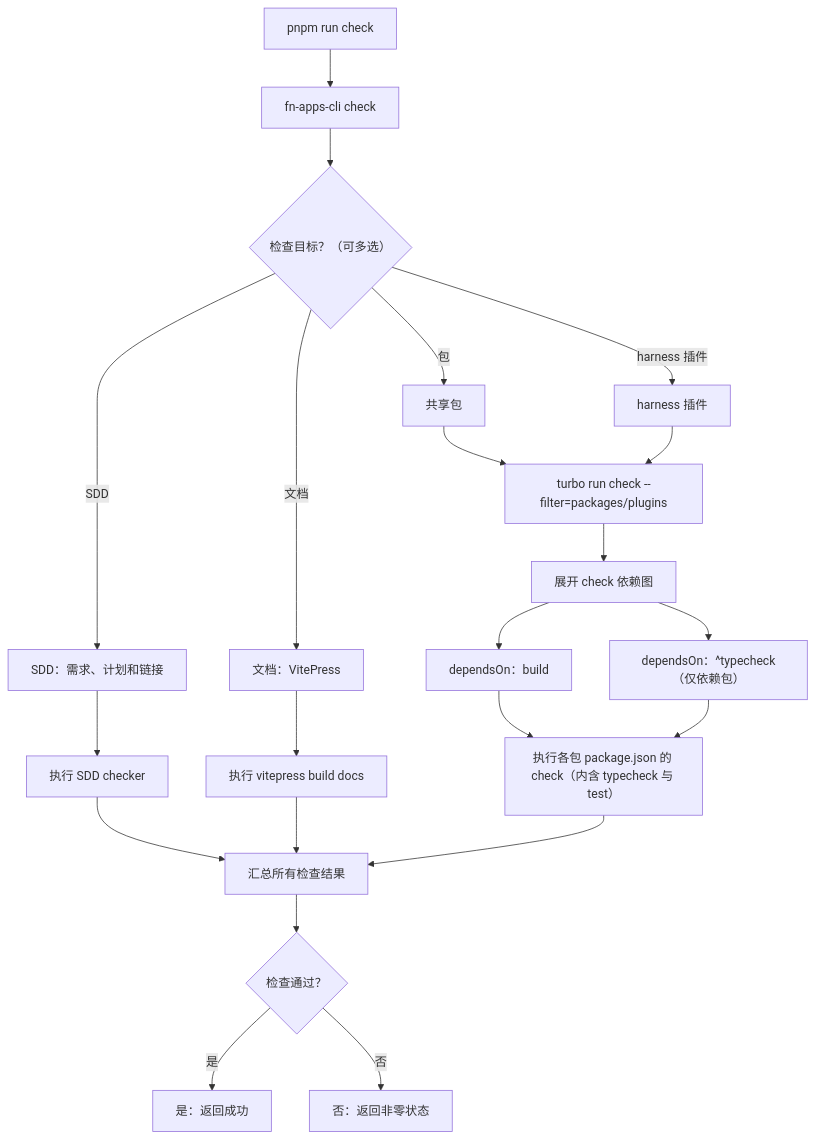
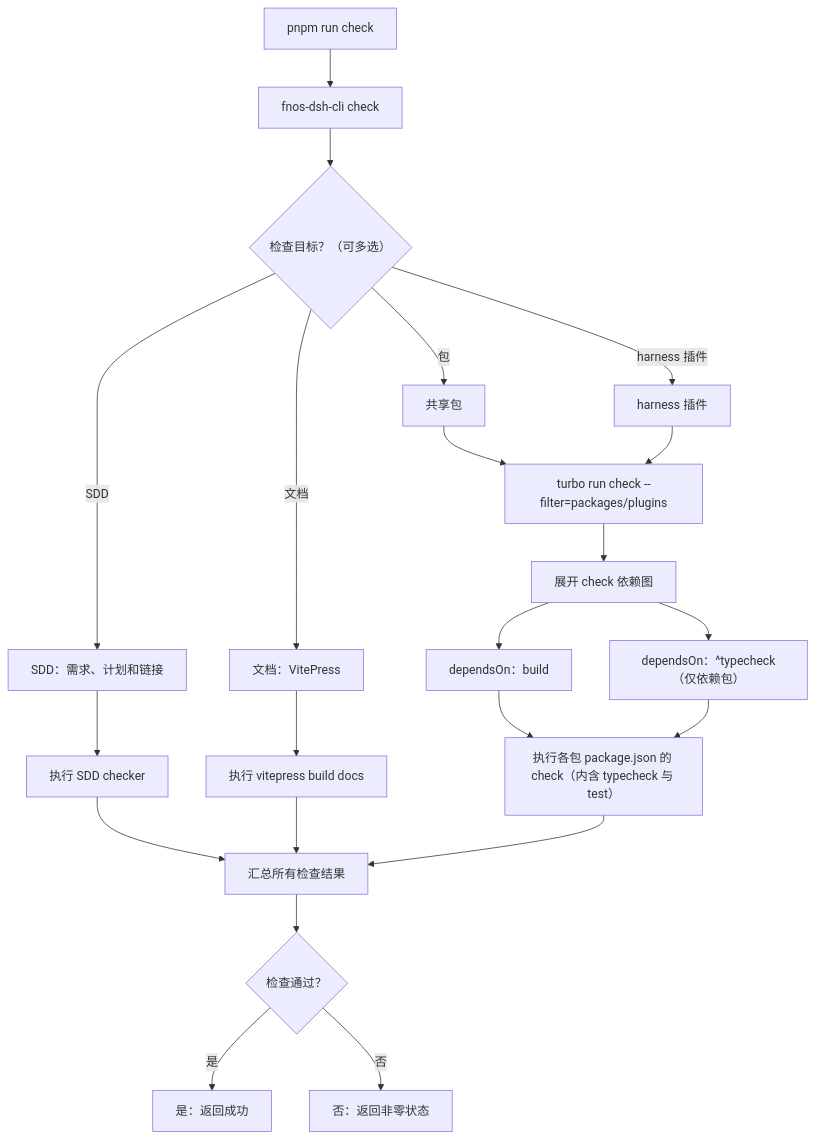
The sixth of 9 diagrams in docs/development/turbo-tasks.md (FNOSP/fnos-dsh), drawn with Mermaid before and after one commit. The commit also changed other lines of this file and 50 other files, not shown here.

````diff
--- a/docs/development/turbo-tasks.md
+++ b/docs/development/turbo-tasks.md
@@ -209,40 +209,40 @@
 ```mermaid
 flowchart TD
   command["pnpm run check"]
-  cli["fn-apps-cli check"]
+  cli["fnos-dsh-cli check"]
   select{"检查目标？（可多选）"}
   sdd["SDD：需求、计划和链接"]
   docs["文档：VitePress"]
   packages["共享包"]
   plugins["harness 插件"]
   directSdd["执行 SDD checker"]
   directDocs["执行 vitepress build docs"]
   turbo["turbo run check --filter=packages/plugins"]
   turboGraph["展开 check 依赖图"]
   build["dependsOn：build"]
   typecheck["dependsOn：^typecheck（仅依赖包）"]
   checkRun["执行各包 package.json 的 check（内含 typecheck 与 test）"]
   summary["汇总所有检查结果"]
   status{"检查通过？"}
   result["是：返回成功"]
   fail["否：返回非零状态"]
 
   command --> cli --> select
   select -->|SDD| sdd
   select -->|文档| docs
   select -->|包| packages
   select -->|harness 插件| plugins
   sdd --> directSdd --> summary
   docs --> directDocs --> summary
   packages --> turbo
   plugins --> turbo
   turbo --> turboGraph
   turboGraph --> build
   turboGraph --> typecheck
   build --> checkRun
   typecheck --> checkRun
   checkRun --> summary
   summary --> status
   status -->|是| result
   status -->|否| fail
 ```
````
